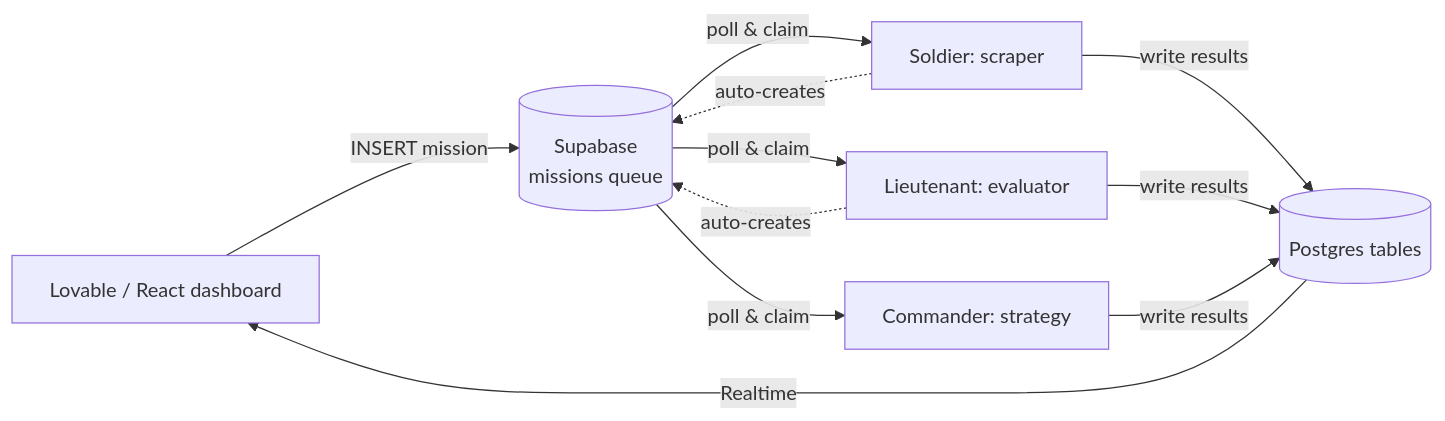
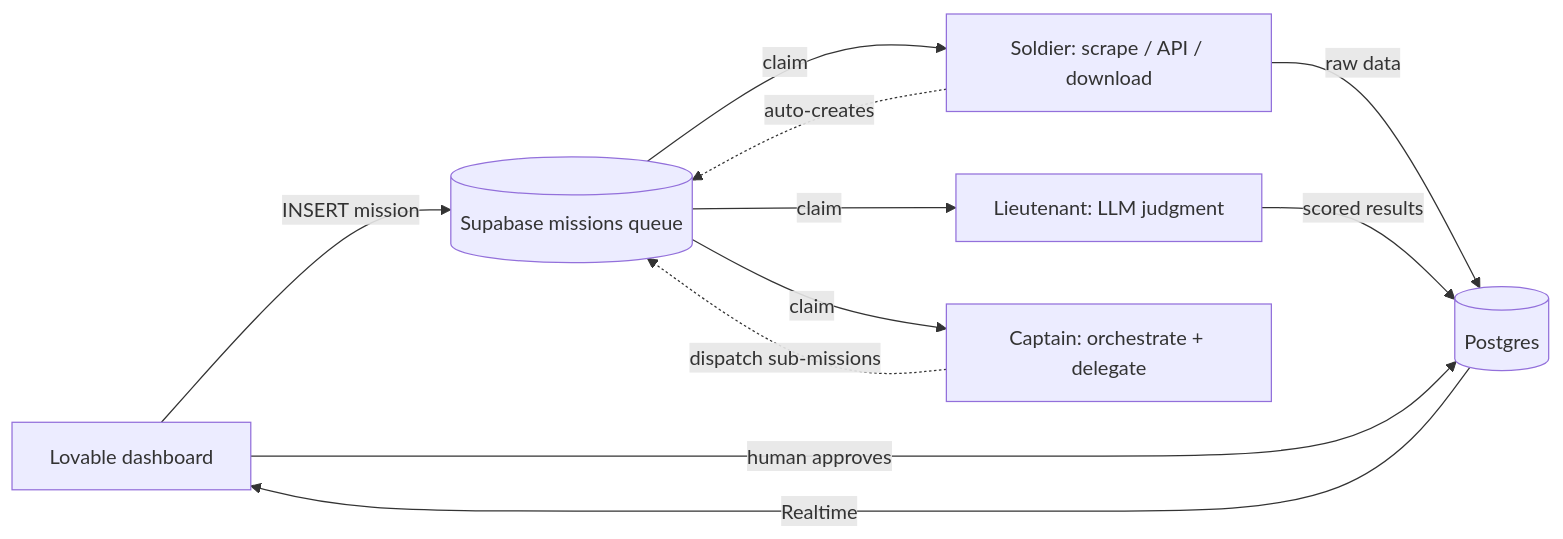
The diagram in README.md (jorgegarcia205/betagroup-ai-army), drawn with Mermaid before and after one commit. The commit also changed other lines of this file and 1 other file, not shown here.

````diff
--- a/README.md
+++ b/README.md
@@ -73,13 +137,13 @@
 ```mermaid
 flowchart LR
-    UI[Lovable / React dashboard] -->|INSERT mission| Q[(Supabase<br/>missions queue)]
-    Q -->|poll & claim| A1[Soldier: scraper]
-    Q -->|poll & claim| A2[Lieutenant: evaluator]
-    Q -->|poll & claim| A3[Commander: strategy]
-    A1 -->|write results| DB[(Postgres tables)]
-    A2 -->|write results| DB
-    A3 -->|write results| DB
+    UI[Lovable dashboard] -->|INSERT mission| Q[(Supabase missions queue)]
+    Q -->|claim| S[Soldier: scrape / API / download]
+    S -->|raw data| DB[(Postgres)]
+    S -.auto-creates.-> Q
+    Q -->|claim| L[Lieutenant: LLM judgment]
+    L -->|scored results| DB
+    Q -->|claim| C[Captain: orchestrate + delegate]
+    C -.dispatch sub-missions.-> Q
     DB -->|Realtime| UI
-    A1 -. auto-creates .-> Q
-    A2 -. auto-creates .-> Q
+    UI -->|human approves| DB
 ```
````
